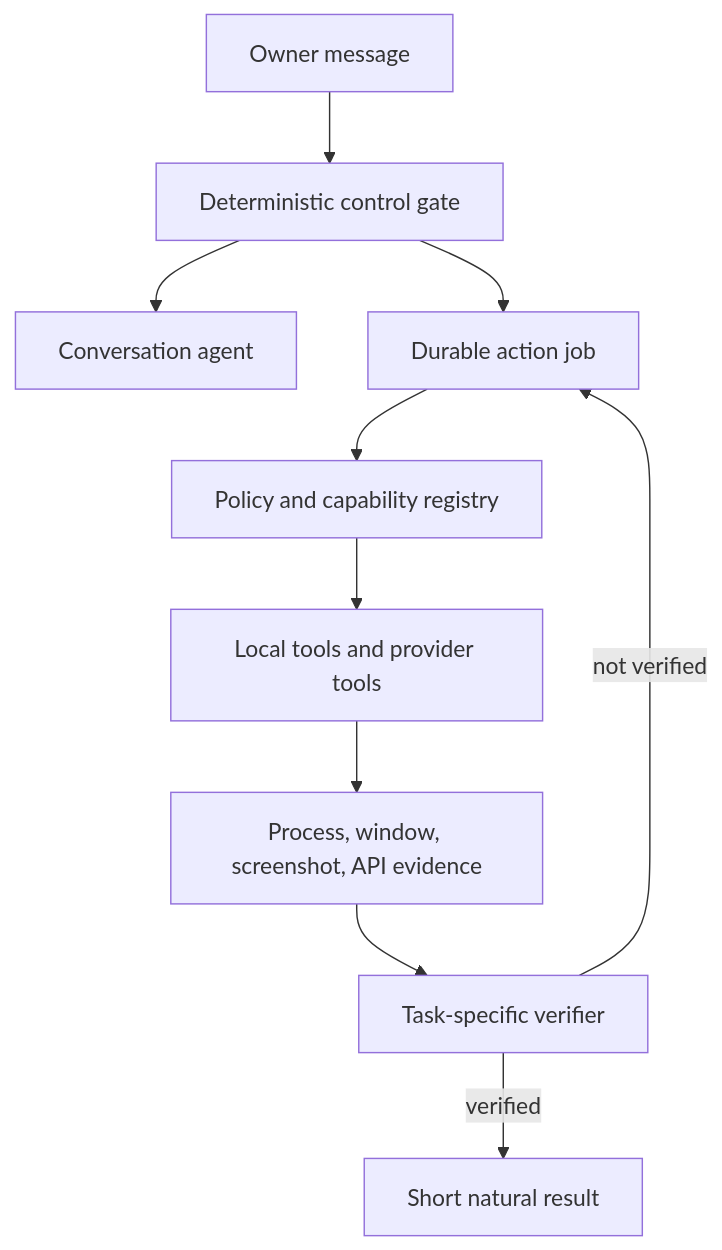
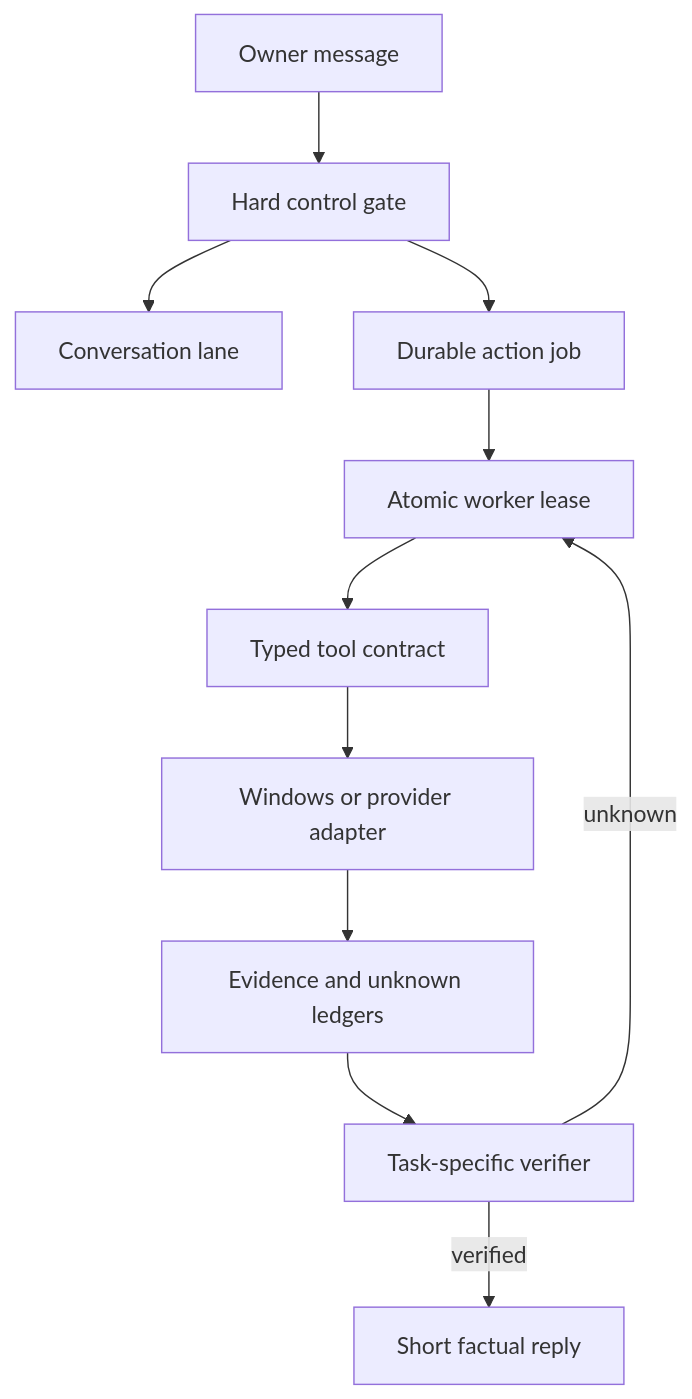
One commit to JoshuaDuskin/MylesAI changed the diagram in AGENT_STACK_AUDIT.md. Above: the diagram before and after it, drawn with Mermaid. The commit also changed other lines of this file and 9 other files, not shown here.

First line of the commit message:
Rebuild MYLES agent control and evidence stack

````diff
--- a/AGENT_STACK_AUDIT.md
+++ b/AGENT_STACK_AUDIT.md
@@ -24,12 +43,13 @@
 ```mermaid
 flowchart TD
-    A[Owner message] --> B[Deterministic control gate]
-    B --> C[Conversation agent]
+    A[Owner message] --> B[Hard control gate]
+    B --> C[Conversation lane]
     B --> D[Durable action job]
-    D --> E[Policy and capability registry]
-    E --> F[Local tools and provider tools]
-    F --> G[Process, window, screenshot, API evidence]
-    G --> H[Task-specific verifier]
-    H -->|verified| I[Short natural result]
-    H -->|not verified| D
+    D --> E[Atomic worker lease]
+    E --> F[Typed tool contract]
+    F --> G[Windows or provider adapter]
+    G --> H[Evidence and unknown ledgers]
+    H --> I[Task-specific verifier]
+    I -->|verified| J[Short factual reply]
+    I -->|unknown| E
 ```
````
